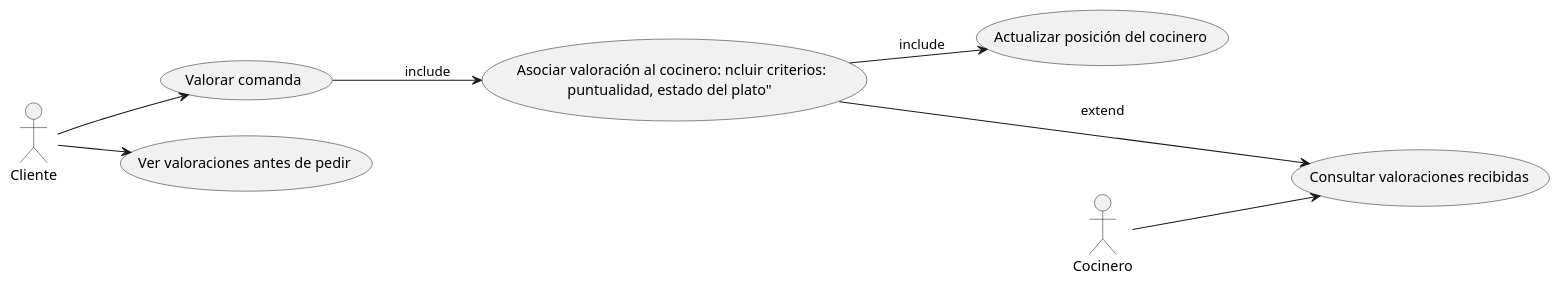
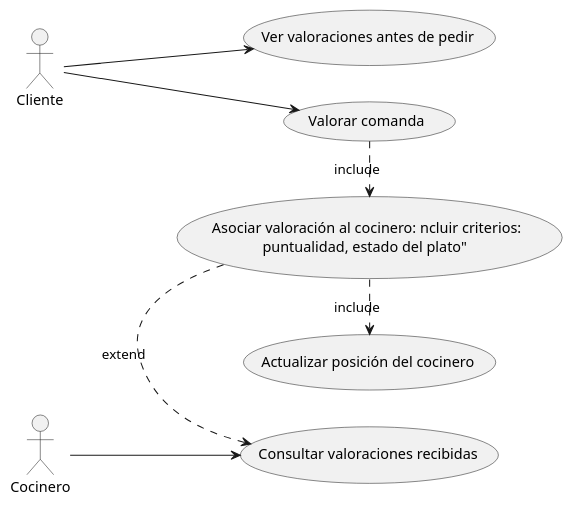
Before and after one commit to dabien3/ES25UAB-511-05: the diagram in documents/Diagrames Casos d'Us/Code Plantuml/code_bloq5.pUML, drawn with PlantUML. The commit also changed 7 other files, not shown here.

Commit message:
Correccion flechas include y extend, ademas de la eliminacion del B7

```diff
--- a/documents/Diagrames Casos d'Us/Code Plantuml/code_bloq5.pUML
+++ b/documents/Diagrames Casos d'Us/Code Plantuml/code_bloq5.pUML
@@ -1,23 +1,23 @@
 @startuml
 left to right direction
 
 actor Cliente
 actor Cocinero
 
 
   usecase  "Valorar comanda" as us1
   usecase "Asociar valoración al cocinero: ncluir criterios:\npuntualidad, estado del plato" " as us3
   usecase  "Actualizar posición del cocinero" as us4
   usecase "Ver valoraciones antes de pedir" as us5
   usecase "Consultar valoraciones recibidas" as us6
 
 Cliente --> us1
 Cliente --> us5
 
-us1 --> us3: include
-us3 --> us4 : include
-us3 --->  us6 :extend
+us1  .> us3: include
+us3  .> us4 : include
+us3  .>  us6 :extend
 
 Cocinero --> us6
 
 @enduml
```
